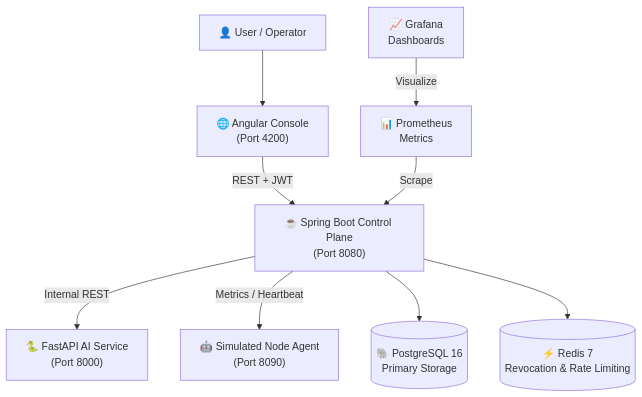
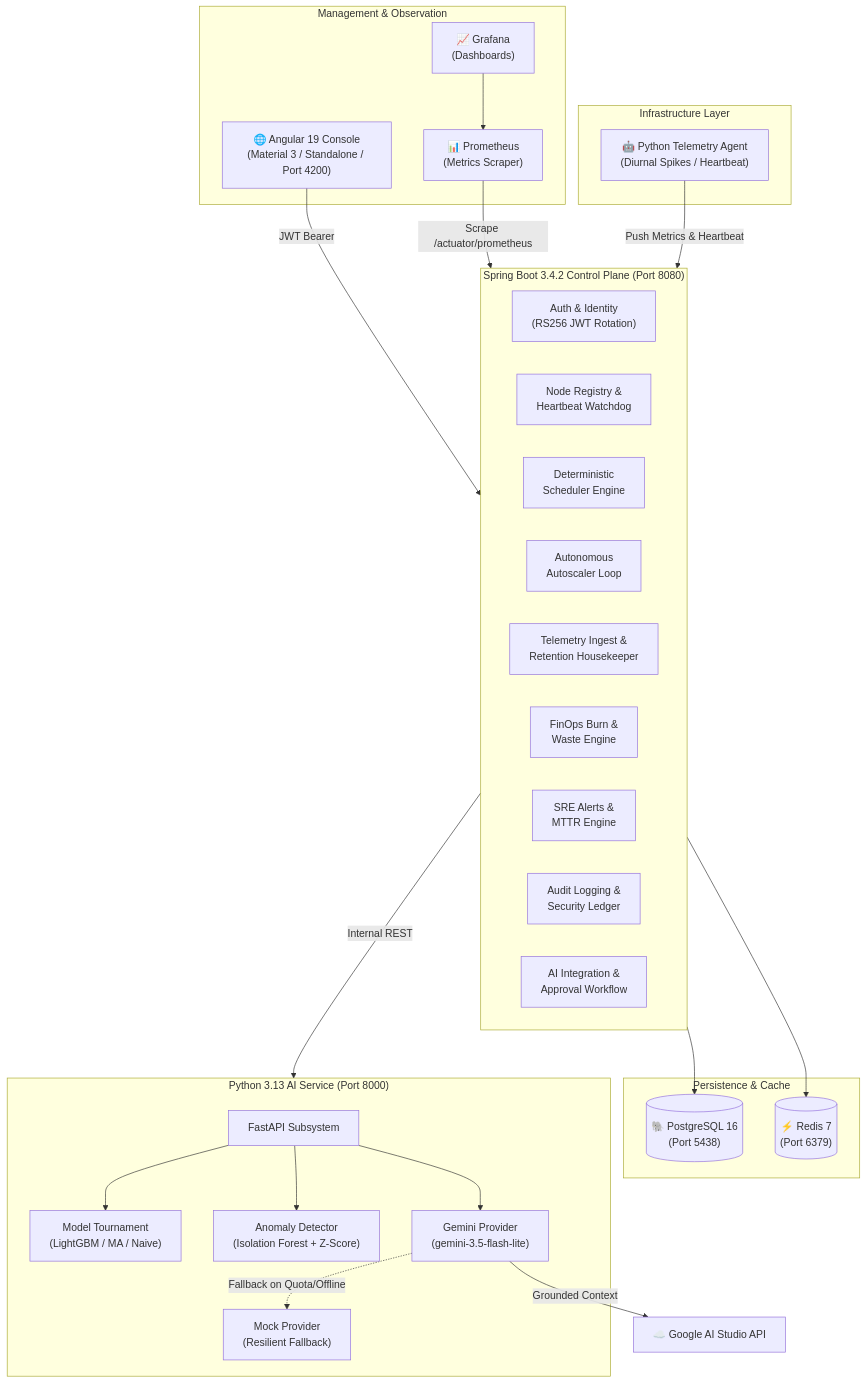
Before and after one commit to harshalraajpatnaik/CloudScale: the diagram in README.md, drawn with Mermaid. The commit also changed other lines of this file and 1 other file, not shown here.

Commit message:
docs(phase-8): comprehensive root README, developer runbook, and architectural documentation

````diff
--- a/README.md
+++ b/README.md
@@ -19,21 +33,52 @@
 ```mermaid
 flowchart TD
-    UA["👤 User / Operator"]
-    AC["🌐 Angular Console\n(Port 4200)"]
-    CP["☕ Spring Boot Control Plane\n(Port 8080)"]
-    AI["🐍 FastAPI AI Service\n(Port 8000)"]
-    NA["🤖 Simulated Node Agent\n(Port 8090)"]
-    PG[("🐘 PostgreSQL 16\nPrimary Storage")]
-    RD[("⚡ Redis 7\nRevocation & Rate Limiting")]
-    PR["📊 Prometheus\nMetrics"]
-    GR["📈 Grafana\nDashboards"]
+    subgraph Client ["Management & Observation"]
+        Console["🌐 Angular 19 Console\n(Material 3 / Standalone / Port 4200)"]
+        Prometheus["📊 Prometheus\n(Metrics Scraper)"]
+        Grafana["📈 Grafana\n(Dashboards)"]
+    end
 
-    UA --> AC
-    AC -->|"REST + JWT"| CP
-    CP -->|"Internal REST"| AI
-    CP -->|"Metrics / Heartbeat"| NA
-    CP --> PG
-    CP --> RD
-    PR -->|"Scrape"| CP
-    GR -->|"Visualize"| PR
+    subgraph ControlPlane ["Spring Boot 3.4.2 Control Plane (Port 8080)"]
+        AuthM["Auth & Identity\n(RS256 JWT Rotation)"]
+        NodeM["Node Registry &\nHeartbeat Watchdog"]
+        SchedM["Deterministic\nScheduler Engine"]
+        AutoM["Autonomous\nAutoscaler Loop"]
+        MetricM["Telemetry Ingest &\nRetention Housekeeper"]
+        CostM["FinOps Burn &\nWaste Engine"]
+        AlertM["SRE Alerts &\nMTTR Engine"]
+        AuditM["Audit Logging &\nSecurity Ledger"]
+        AISvc["AI Integration &\nApproval Workflow"]
+    end
+
+    subgraph DataTier ["Persistence & Cache"]
+        Postgres[("🐘 PostgreSQL 16\n(Port 5438)")]
+        Redis[("⚡ Redis 7\n(Port 6379)")]
+    end
+
+    subgraph AISubsystem ["Python 3.13 AI Service (Port 8000)"]
+        FastAPI["FastAPI Subsystem"]
+        ForecastTourn["Model Tournament\n(LightGBM / MA / Naive)"]
+        AnomalyDet["Anomaly Detector\n(Isolation Forest + Z-Score)"]
+        GeminiProv["Gemini Provider\n(gemini-3.5-flash-lite)"]
+        MockProv["Mock Provider\n(Resilient Fallback)"]
+    end
+
+    subgraph AgentTier ["Infrastructure Layer"]
+        NodeAgent["🤖 Python Telemetry Agent\n(Diurnal Spikes / Heartbeat)"]
+    end
+
+    Console -->|"JWT Bearer"| ControlPlane
+    ControlPlane --> Postgres
+    ControlPlane --> Redis
+    Prometheus -->|"Scrape /actuator/prometheus"| ControlPlane
+    Grafana --> Prometheus
+
+    ControlPlane -->|"Internal REST"| AISubsystem
+    NodeAgent -->|"Push Metrics & Heartbeat"| ControlPlane
+
+    FastAPI --> ForecastTourn
+    FastAPI --> AnomalyDet
+    FastAPI --> GeminiProv
+    GeminiProv -->|"Grounded Context"| GeminiExternal["☁️ Google AI Studio API"]
+    GeminiProv -.->|"Fallback on Quota/Offline"| MockProv
 ```
````
